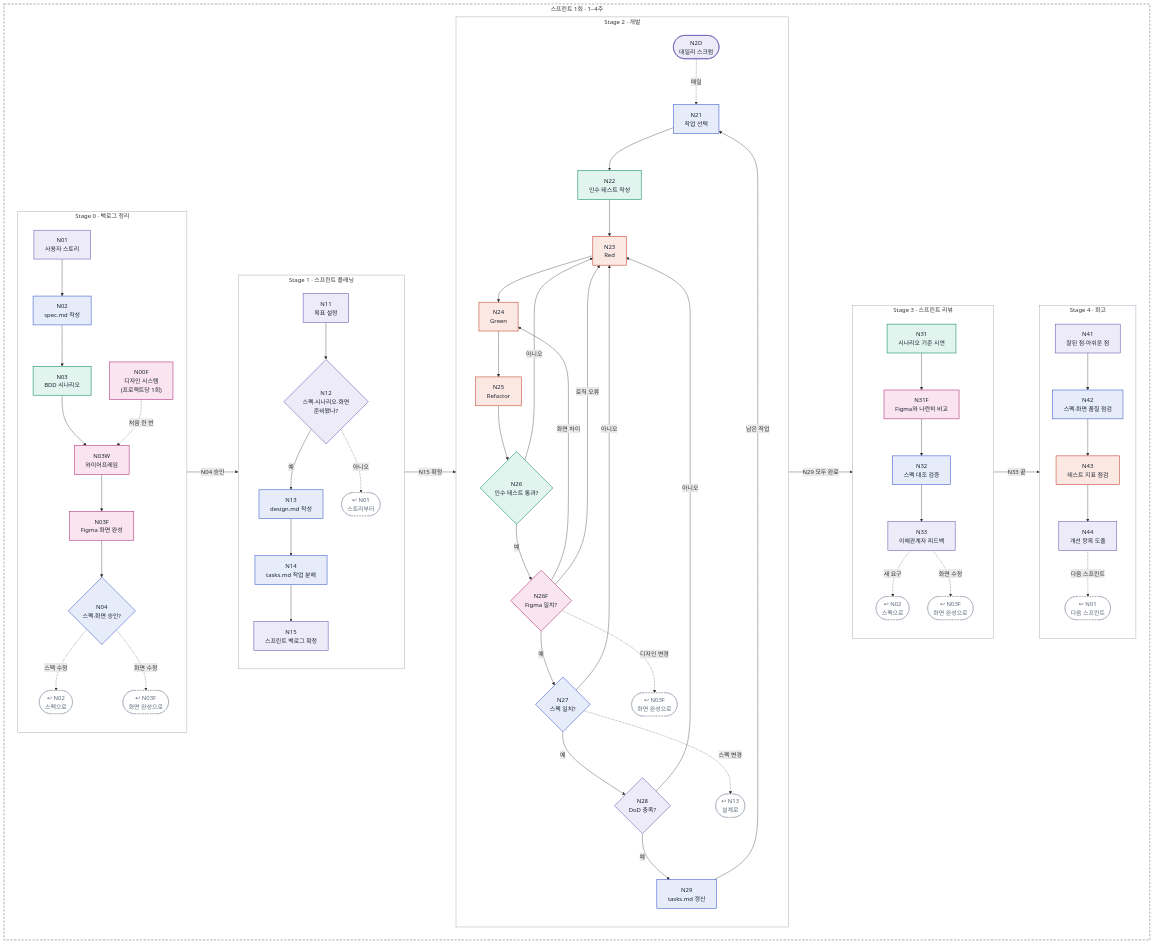
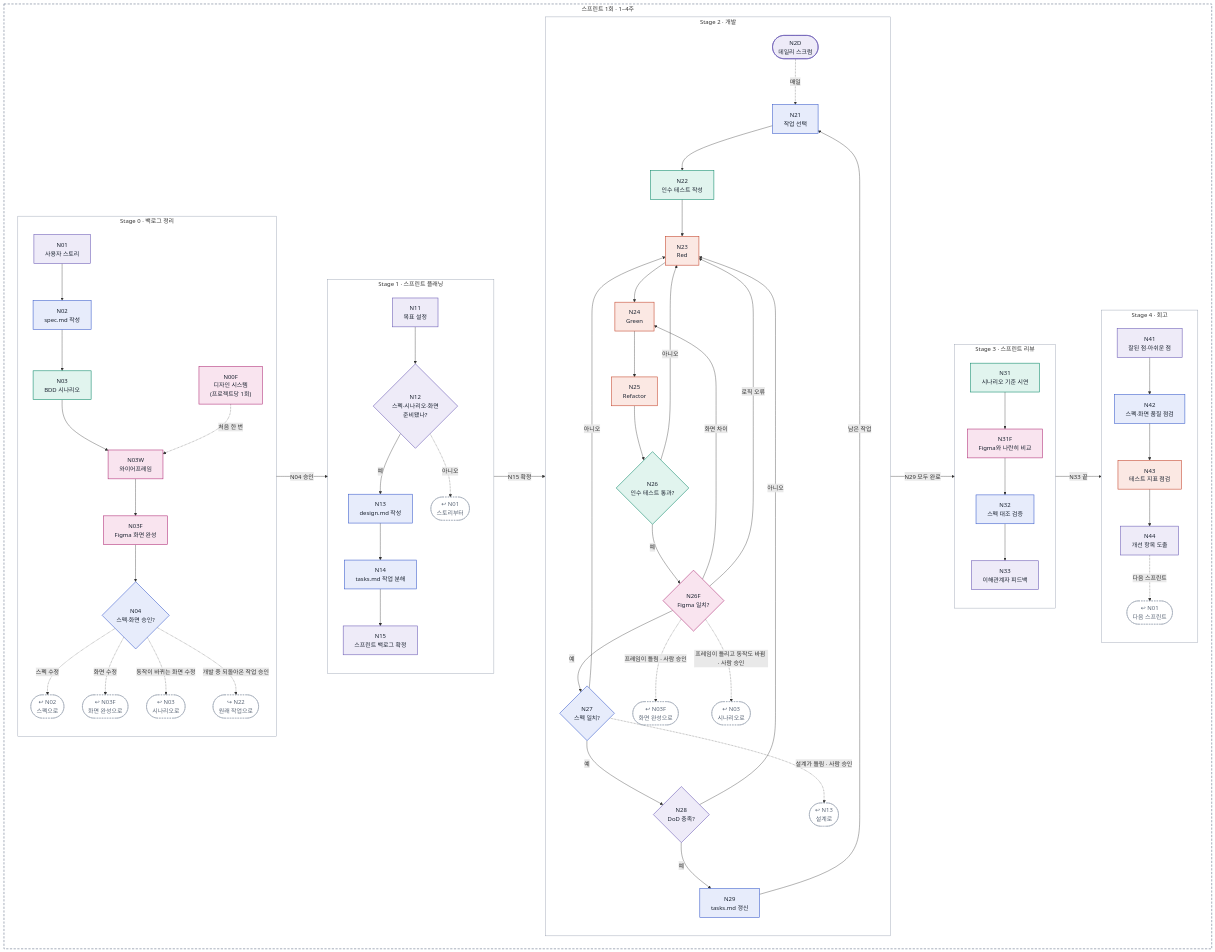
The diagram in docs/workflow.md (r0feynman/4DD), drawn with Mermaid before and after one commit. The commit also changed other lines of this file and 10 other files, not shown here.

````diff
--- a/docs/workflow.md
+++ b/docs/workflow.md
@@ -20,72 +22,73 @@
 ```mermaid
 flowchart LR
   subgraph SPRINT["스프린트 1회 · 1~4주"]
     direction LR
     subgraph ST0["Stage 0 · 백로그 정리"]
       direction TB
       N00F["N00F<br/>디자인 시스템<br/>(프로젝트당 1회)"]
       N01["N01<br/>사용자 스토리"] --> N02["N02<br/>spec.md 작성"] --> N03["N03<br/>BDD 시나리오"] --> N03W["N03W<br/>와이어프레임"] --> N03F["N03F<br/>Figma 화면 완성"] --> N04{"N04<br/>스펙·화면 승인?"}
       N00F -. 처음 한 번 .-> N03W
       N04 -. 스펙 수정 .-> R04A(["↩ N02<br/>스펙으로"])
       N04 -. 화면 수정 .-> R04B(["↩ N03F<br/>화면 완성으로"])
+      N04 -. 동작이 바뀌는 화면 수정 .-> R04C(["↩ N03<br/>시나리오로"])
+      N04 -. 개발 중 되돌아온 작업 승인 .-> R04D(["↪ N22<br/>원래 작업으로"])
     end
     subgraph ST1["Stage 1 · 스프린트 플래닝"]
       direction TB
       N11["N11<br/>목표 설정"] --> N12{"N12<br/>스펙·시나리오·화면<br/>준비됐나?"}
       N12 -- 예 --> N13["N13<br/>design.md 작성"] --> N14["N14<br/>tasks.md 작업 분해"] --> N15["N15<br/>스프린트 백로그 확정"]
       N12 -. 아니오 .-> R12(["↩ N01<br/>스토리부터"])
     end
     subgraph ST2["Stage 2 · 개발"]
       direction TB
       N2D(["N2D<br/>데일리 스크럼"])
       N21["N21<br/>작업 선택"] --> N22["N22<br/>인수 테스트 작성"] --> N23["N23<br/>Red"] --> N24["N24<br/>Green"] --> N25["N25<br/>Refactor"] --> N26{"N26<br/>인수 테스트 통과?"}
       N26 -- 예 --> N26F{"N26F<br/>Figma 일치?"}
       N26F -- 예 --> N27{"N27<br/>스펙 일치?"}
       N27 -- 예 --> N28{"N28<br/>DoD 충족?"}
       N28 -- 예 --> N29["N29<br/>tasks.md 갱신"]
       N26 -- 아니오 --> N23
       N26F -- 화면 차이 --> N24
       N26F -- 로직 오류 --> N23
       N27 -- 아니오 --> N23
       N28 -- 아니오 --> N23
       N29 -- 남은 작업 --> N21
       N2D -. 매일 .-> N21
-      N26F -. 디자인 변경 .-> R26F(["↩ N03F<br/>화면 완성으로"])
-      N27 -. 스펙 변경 .-> R27(["↩ N13<br/>설계로"])
+      N26F -. 프레임이 틀림 · 사람 승인 .-> R26F(["↩ N03F<br/>화면 완성으로"])
+      N26F -. 프레임이 틀리고 동작도 바뀜 · 사람 승인 .-> R26G(["↩ N03<br/>시나리오로"])
+      N27 -. 설계가 틀림 · 사람 승인 .-> R27(["↩ N13<br/>설계로"])
     end
     subgraph ST3["Stage 3 · 스프린트 리뷰"]
       direction TB
       N31["N31<br/>시나리오 기준 시연"] --> N31F["N31F<br/>Figma와 나란히 비교"] --> N32["N32<br/>스펙 대조 검증"] --> N33["N33<br/>이해관계자 피드백"]
-      N33 -. 새 요구 .-> R33A(["↩ N02<br/>스펙으로"])
-      N33 -. 화면 수정 .-> R33B(["↩ N03F<br/>화면 완성으로"])
     end
     subgraph ST4["Stage 4 · 회고"]
       direction TB
       N41["N41<br/>잘된 점·아쉬운 점"] --> N42["N42<br/>스펙·화면 품질 점검"] --> N43["N43<br/>테스트 지표 점검"] --> N44["N44<br/>개선 항목 도출"]
       N44 -. 다음 스프린트 .-> R44(["↩ N01<br/>다음 스프린트"])
     end
     ST0 -- N04 승인 --> ST1
     ST1 -- N15 확정 --> ST2
     ST2 -- N29 모두 완료 --> ST3
     ST3 -- N33 끝 --> ST4
   end
 
   classDef sdd fill:#e7ecfb,stroke:#3a5ccc,color:#1b2330,stroke-width:1.5px
   classDef bdd fill:#e1f4ee,stroke:#0f8a6b,color:#1b2330,stroke-width:1.5px
   classDef fig fill:#f9e4ef,stroke:#b02f78,color:#1b2330,stroke-width:1.5px
   classDef tdd fill:#fbe8e3,stroke:#c4452c,color:#1b2330,stroke-width:1.5px
   classDef scrum fill:#eeebf8,stroke:#6b5bb5,color:#1b2330,stroke-width:1.5px
   classDef back fill:#ffffff,stroke:#8a94a6,color:#5d6878,stroke-width:1px,stroke-dasharray:4 3
   class N02,N04,N13,N14,N21,N27,N29,N32,N42 sdd
   class N03,N22,N26,N31 bdd
   class N00F,N03W,N03F,N26F,N31F fig
   class N23,N24,N25,N43 tdd
   class N01,N11,N12,N15,N28,N2D,N33,N41,N44 scrum
-  class R04A,R04B,R12,R26F,R27,R33A,R33B,R44 back
+  class R04A,R04B,R04C,R04D,R12,R26F,R26G,R27,R44 back
   style SPRINT fill:transparent,stroke:#8a94a6,stroke-width:2px,stroke-dasharray:6 4
   style ST0 fill:transparent,stroke:#8a94a6
   style ST1 fill:transparent,stroke:#8a94a6
   style ST2 fill:transparent,stroke:#8a94a6
   style ST3 fill:transparent,stroke:#8a94a6
   style ST4 fill:transparent,stroke:#8a94a6
 ```
````
